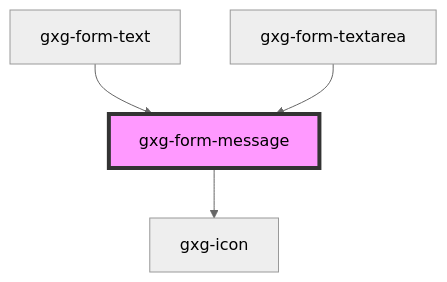
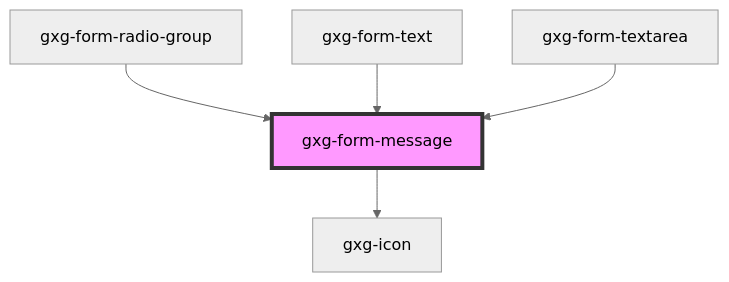
The diagram in src/components/form-message/readme.md (genexuslabs/gemini), drawn with Mermaid (neutral theme) before and after one commit. The commit also changed other lines of this file and 11 other files, not shown here.

````diff
--- a/src/components/form-message/readme.md
+++ b/src/components/form-message/readme.md
@@ -29,7 +30,8 @@
 ```mermaid
 graph TD;
   gxg-form-message --> gxg-icon
+  gxg-form-radio-group --> gxg-form-message
   gxg-form-text --> gxg-form-message
   gxg-form-textarea --> gxg-form-message
   style gxg-form-message fill:#f9f,stroke:#333,stroke-width:4px
 ```
````
